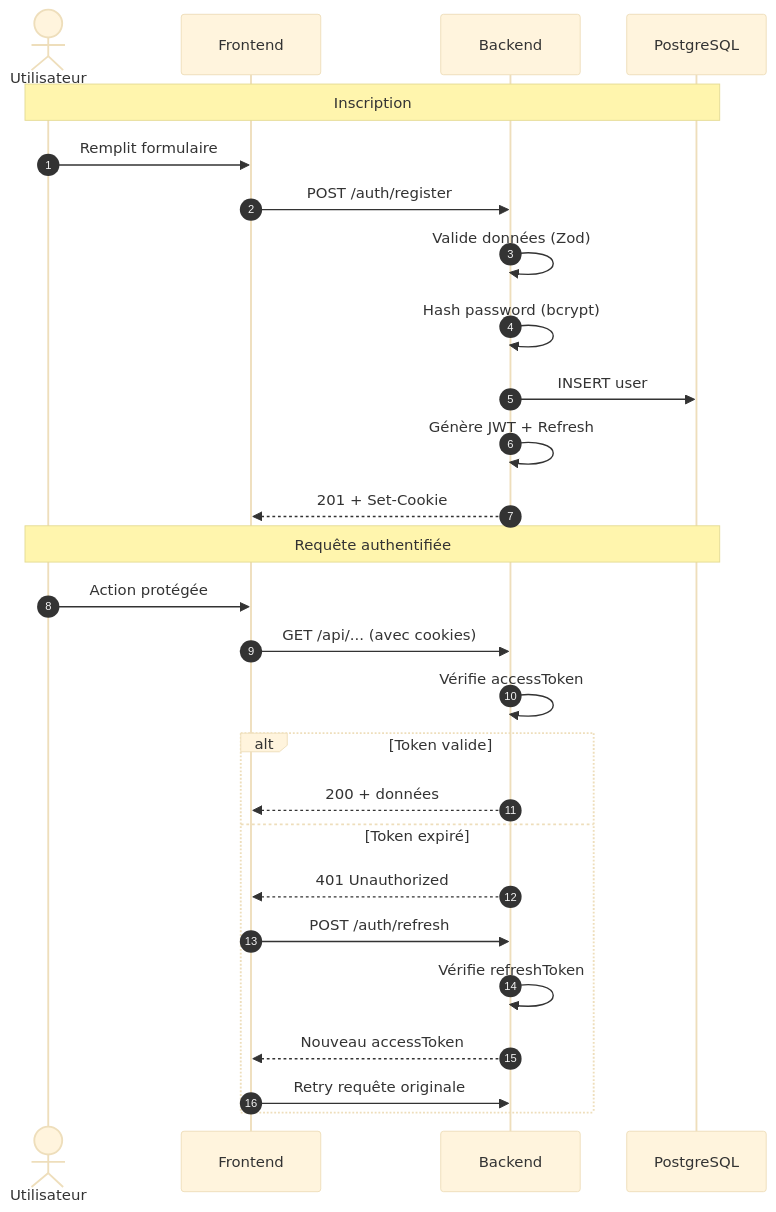
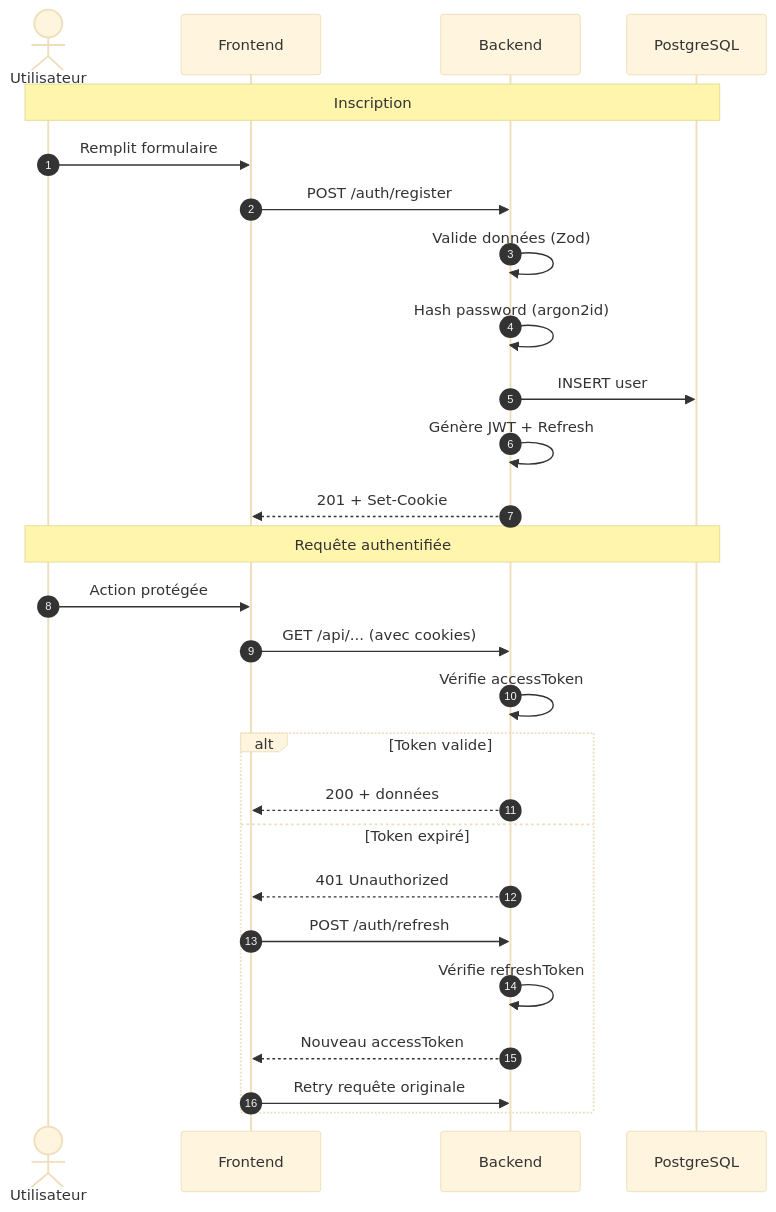
The diagram in docs/documentation-implementation/api-reference/authentication.md (Sojeremy/documentation-skillswap), drawn with Mermaid (base theme) before and after one commit. The commit also changed other lines of this file and 9 other files, not shown here.

````diff
--- a/docs/documentation-implementation/api-reference/authentication.md
+++ b/docs/documentation-implementation/api-reference/authentication.md
@@ -16,31 +16,31 @@
 ```mermaid
 sequenceDiagram
     autonumber
     actor U as Utilisateur
     participant F as Frontend
     participant B as Backend
     participant DB as PostgreSQL
 
     Note over U,DB: Inscription
     U->>F: Remplit formulaire
     F->>B: POST /auth/register
     B->>B: Valide données (Zod)
-    B->>B: Hash password (bcrypt)
+    B->>B: Hash password (argon2id)
     B->>DB: INSERT user
     B->>B: Génère JWT + Refresh
     B-->>F: 201 + Set-Cookie
 
     Note over U,DB: Requête authentifiée
     U->>F: Action protégée
     F->>B: GET /api/... (avec cookies)
     B->>B: Vérifie accessToken
     alt Token valide
         B-->>F: 200 + données
     else Token expiré
         B-->>F: 401 Unauthorized
         F->>B: POST /auth/refresh
         B->>B: Vérifie refreshToken
         B-->>F: Nouveau accessToken
         F->>B: Retry requête originale
     end
 ```
````
